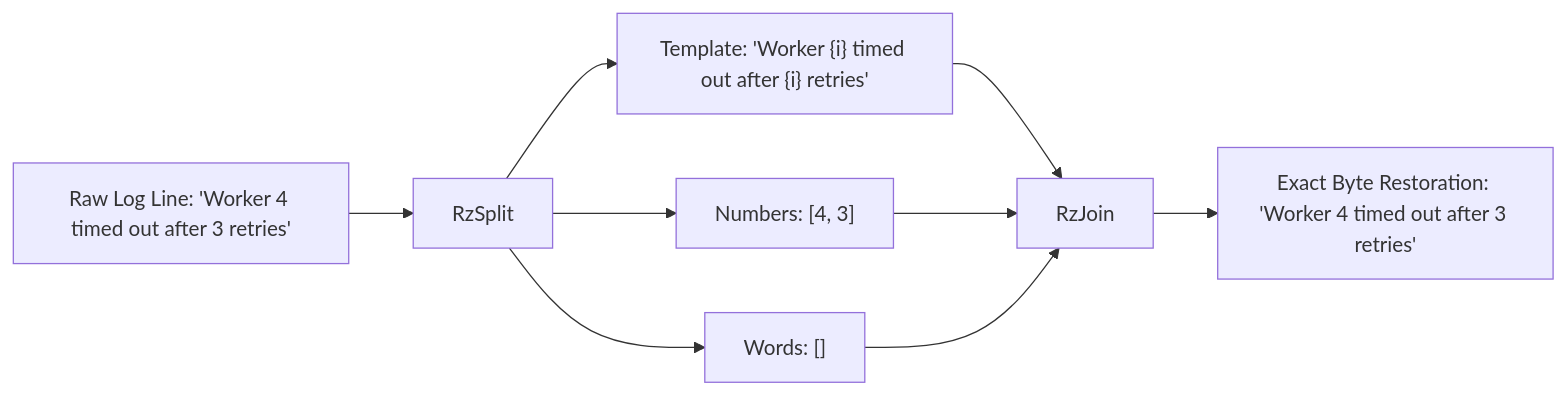
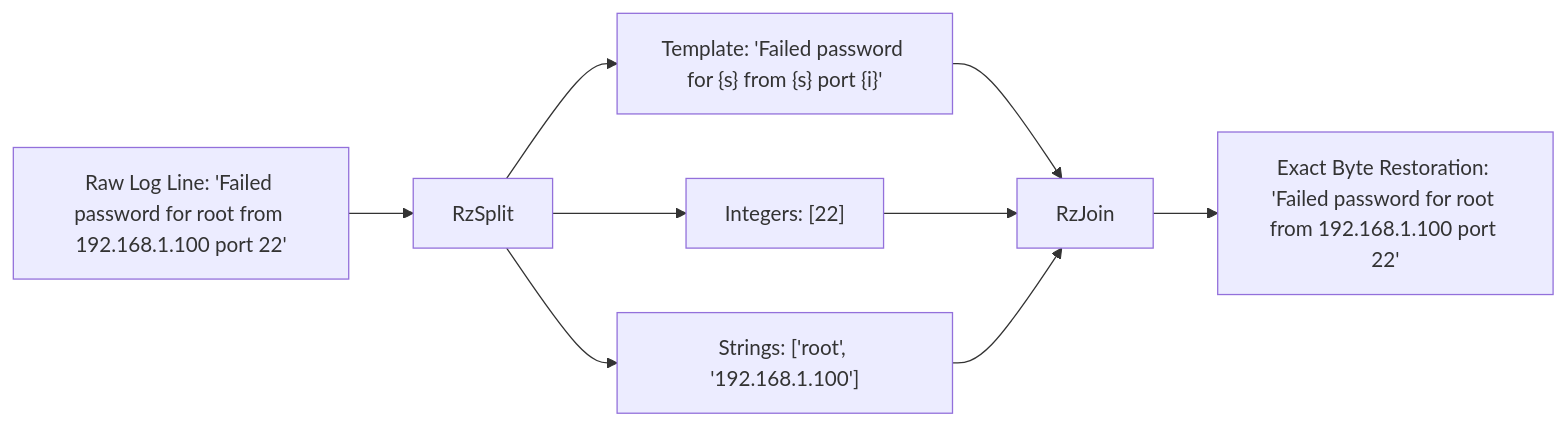
One commit to 4t1a/razobill changed the diagram in docs/explanation/lossless-invertibility.md. Above: the diagram before and after it, drawn with Mermaid. The commit also changed other lines of this file and 10 other files, not shown here.

````diff
--- a/docs/explanation/lossless-invertibility.md
+++ b/docs/explanation/lossless-invertibility.md
@@ -57,9 +35,9 @@
 ```mermaid
 flowchart LR
-    A["Raw Log Line: 'Worker 4 timed out after 3 retries'"] --> B["RzSplit"]
-    B --> C["Template: 'Worker {i} timed out after {i} retries'"]
-    B --> D["Numbers: [4, 3]"]
-    B --> E["Words: []"]
+    A["Raw Log Line: 'Failed password for root from 192.168.1.100 port 22'"] --> B["RzSplit"]
+    B --> C["Template: 'Failed password for {s} from {s} port {i}'"]
+    B --> D["Integers: [22]"]
+    B --> E["Strings: ['root', '192.168.1.100']"]
     C & D & E --> F["RzJoin"]
-    F --> G["Exact Byte Restoration: 'Worker 4 timed out after 3 retries'"]
+    F --> G["Exact Byte Restoration: 'Failed password for root from 192.168.1.100 port 22'"]
 ```
````
